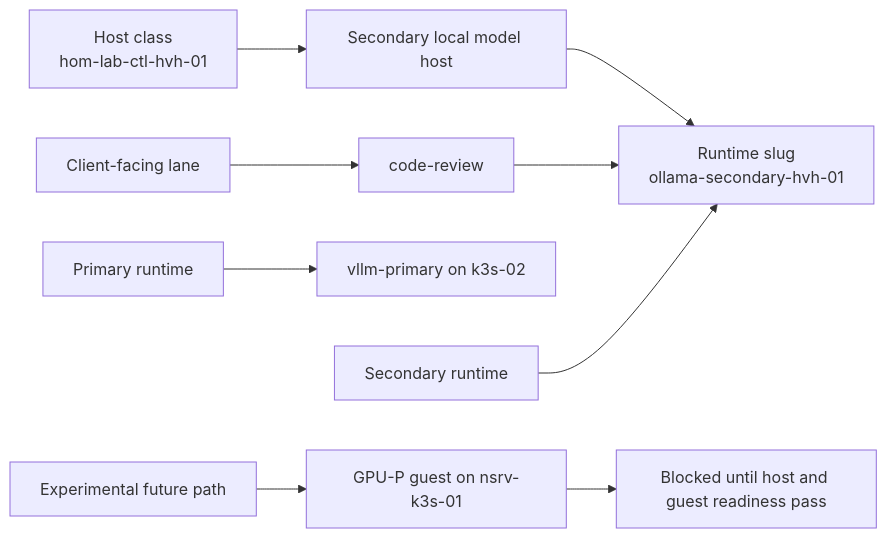
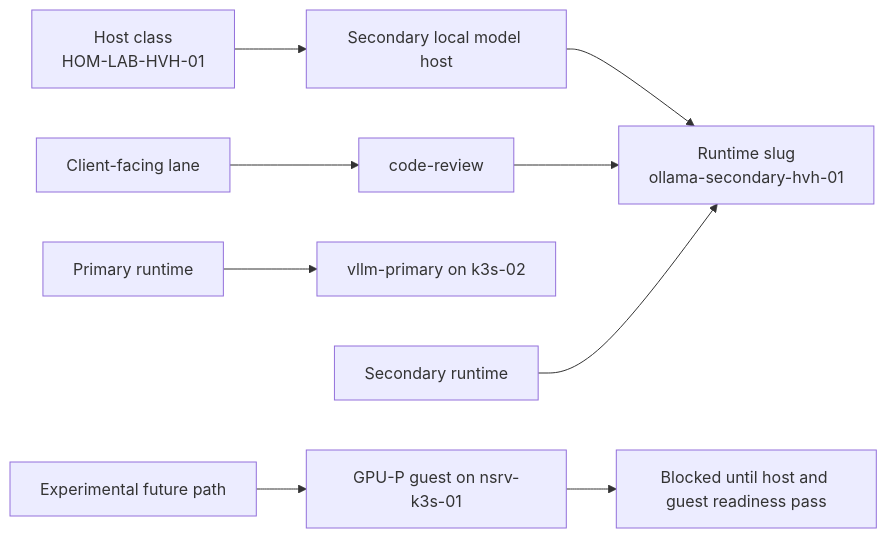
One commit to doesitscript/dotfile-vnext changed the third of 3 diagrams in docs/plans/2026-07-09--hvh01-secondary-runtime-and-gpup-incomplete/README.md. Above: the diagram before and after it, drawn with Mermaid. The commit also changed other lines of this file and 271 other files, not shown here.

First line of the commit message:
Rename schema dropping middle ctl and update HOM-LAB-CTL-HVH-01

````diff
--- a/docs/plans/2026-07-09--hvh01-secondary-runtime-and-gpup-incomplete/README.md
+++ b/docs/plans/2026-07-09--hvh01-secondary-runtime-and-gpup-incomplete/README.md
@@ -175,14 +175,14 @@
 ```mermaid
 flowchart LR
-    A["Host class<br/>hom-lab-ctl-hvh-01"] --> B["Secondary local model host"]
+    A["Host class<br/>HOM-LAB-HVH-01"] --> B["Secondary local model host"]
     B --> C["Runtime slug<br/>ollama-secondary-hvh-01"]
 
     D["Client-facing lane"] --> E["code-review"]
     E --> C
 
     F["Primary runtime"] --> G["vllm-primary on k3s-02"]
     H["Secondary runtime"] --> C
 
     I["Experimental future path"] --> J["GPU-P guest on nsrv-k3s-01"]
     J --> K["Blocked until host and guest readiness pass"]
 ```
````
